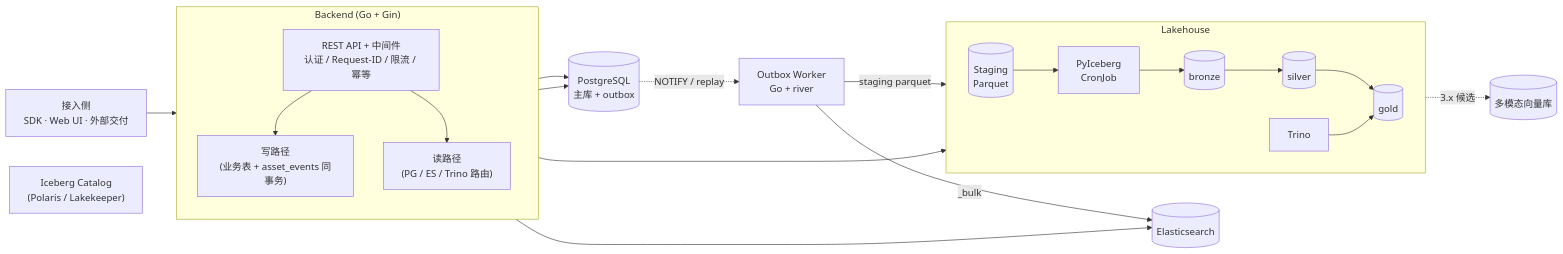
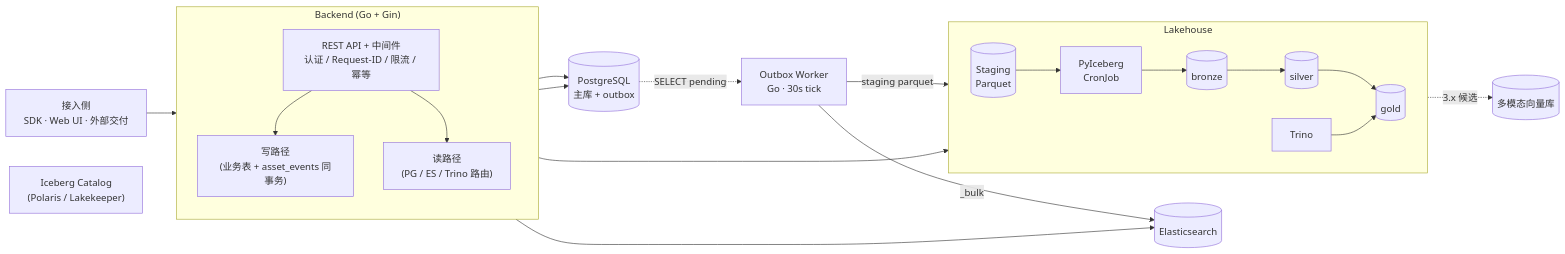
Before and after one commit to rouse2617/Databricks4robot: the first of 24 diagrams in docs/review/data-platform-design.md, drawn with Mermaid. The commit also changed other lines of this file and 2 other files, not shown here.

````diff
--- a/docs/review/data-platform-design.md
+++ b/docs/review/data-platform-design.md
@@ -107,35 +107,35 @@
 ```mermaid
 flowchart LR
     Users[接入侧<br>SDK · Web UI · 外部交付]
 
     subgraph BE["Backend (Go + Gin)"]
         direction TB
         API[REST API + 中间件<br>认证 / Request-ID / 限流 / 幂等]
         WR["写路径<br>(业务表 + asset_events 同事务)"]
         RD["读路径<br>(PG / ES / Trino 路由)"]
         API --> WR
         API --> RD
     end
 
     PG[(PostgreSQL<br>主库 + outbox)]
-    Worker[Outbox Worker<br>Go + river]
+    Worker[Outbox Worker<br>Go · 30s tick]
     ES[(Elasticsearch)]
 
     subgraph Lake[Lakehouse]
         direction LR
         Staging[(Staging<br>Parquet)] --> Cron[PyIceberg<br>CronJob]
         Cron --> Bronze[(bronze)] --> Silver[(silver)] --> Gold[(gold)]
         Trino[Trino] --> Gold
     end
     Catalog["Iceberg Catalog<br>(Polaris / Lakekeeper)"]
 
     Users --> API
     WR --> PG
-    PG -. NOTIFY / replay .-> Worker
+    PG -. SELECT pending .-> Worker
     Worker -- _bulk --> ES
     Worker -- staging parquet --> Staging
     RD --> PG
     RD --> ES
     RD --> Trino
     Gold -.->|3.x 候选| Vec[(多模态向量库)]
 ```
````
